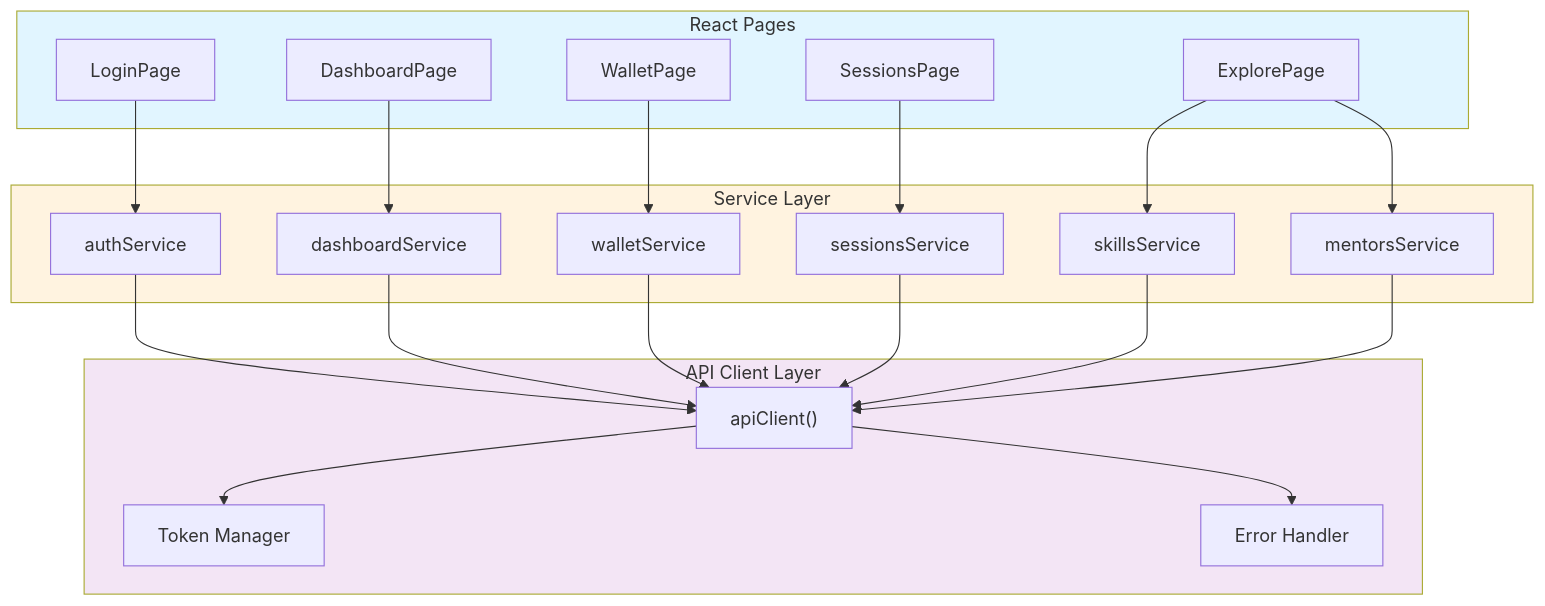
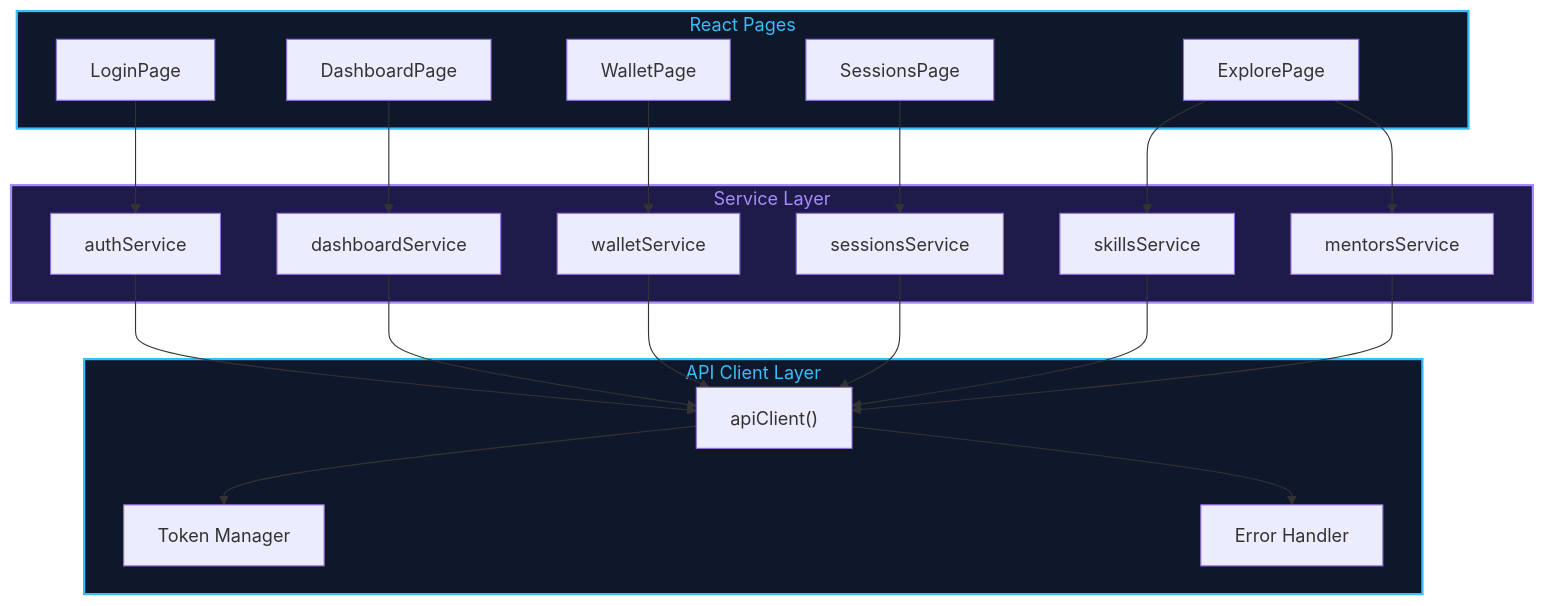
Before and after one commit to loucasty-cell/UIT-Java-Final-Project: the fifth of 21 diagrams in DEMO.md, drawn with Mermaid. The commit also changed other lines of this file, not shown here.

Commit message:
Fix: Correct 16 mermaid syntax errors in DEMO.md diagrams

````diff
--- a/DEMO.md
+++ b/DEMO.md
@@ -272,46 +452,46 @@
 ```mermaid
 graph TB
     subgraph Pages["React Pages"]
-        LP["LoginPage"]
-        DP["DashboardPage"]
-        WP["WalletPage"]
-        SP["SessionsPage"]
-        EP["ExplorePage"]
+LP["LoginPage"]
+DP["DashboardPage"]
+WP["WalletPage"]
+SP["SessionsPage"]
+EP["ExplorePage"]
     end
     
     subgraph Services["Service Layer"]
-        AS["authService"]
-        DS["dashboardService"]
-        WS["walletService"]
-        SSS["sessionsService"]
-        SKS["skillsService"]
-        MES["mentorsService"]
+AS["authService"]
+DS["dashboardService"]
+WS["walletService"]
+SSS["sessionsService"]
+SKS["skillsService"]
+MES["mentorsService"]
     end
     
     subgraph Client["API Client Layer"]
-        AC["apiClient<T>()"]
-        TM["Token Manager"]
-        EH["Error Handler"]
+AC["apiClient<T>()"]
+TM["Token Manager"]
+EH["Error Handler"]
     end
     
     LP --> AS
     DP --> DS
     WP --> WS
     SP --> SSS
     EP --> SKS
     EP --> MES
     
     AS --> AC
     DS --> AC
     WS --> AC
     SSS --> AC
     SKS --> AC
     MES --> AC
     
     AC --> TM
     AC --> EH
     
-    style Pages fill:#e1f5ff
-    style Services fill:#fff3e0
-    style Client fill:#f3e5f5
+    style Pages fill:#0f172a,stroke:#38bdf8,stroke-width:2px,color:#38bdf8
+    style Services fill:#1e1b4b,stroke:#a78bfa,stroke-width:2px,color:#a78bfa
+    style Client fill:#0f172a,stroke:#38bdf8,stroke-width:2px,color:#38bdf8
 ```
````
